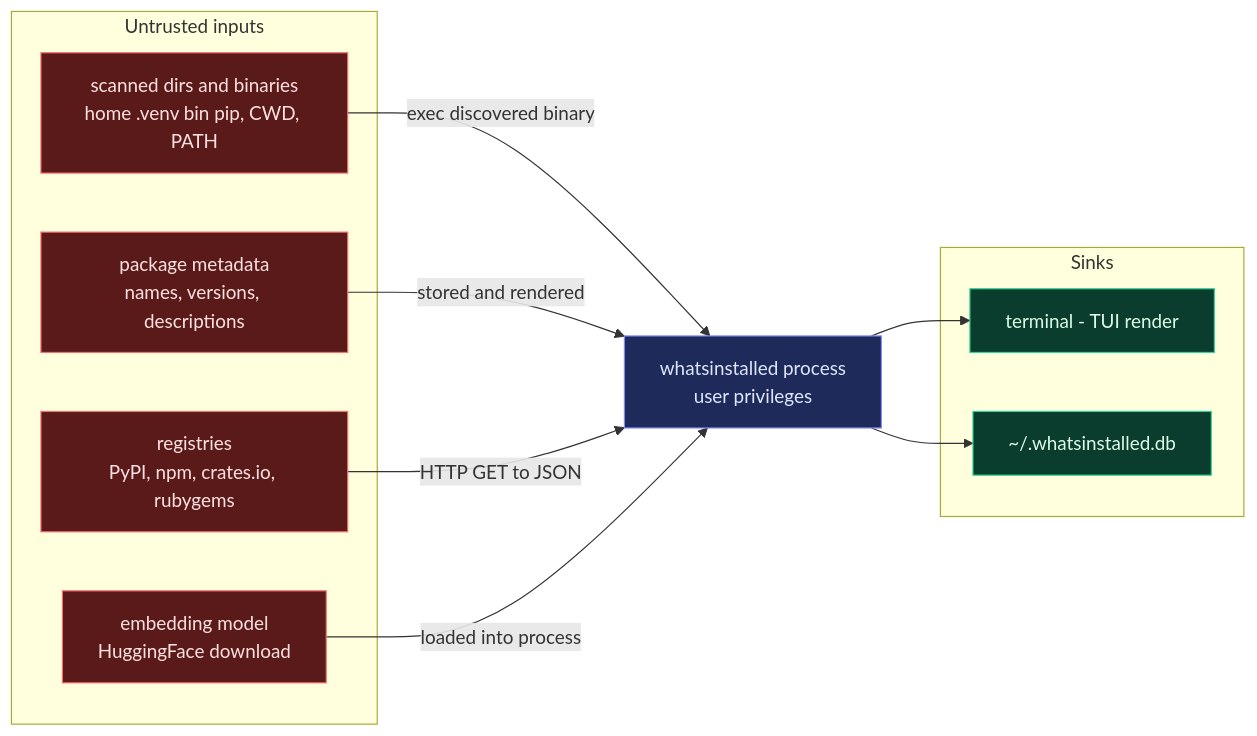
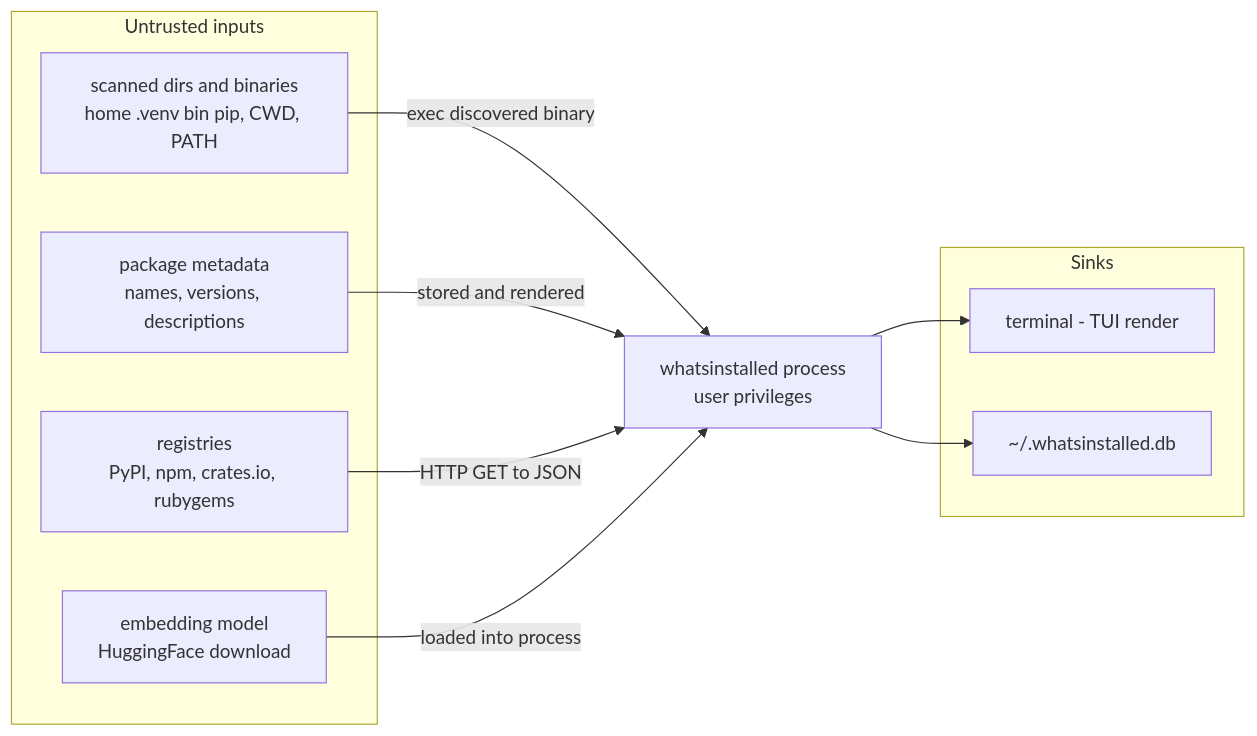
The diagram in docs/ATTACK-SURFACE.md (DVacirca/whatsinstalled), drawn with Mermaid before and after one commit. The commit also changed 1 other file, not shown here.

Commit message:
strip Mermaid down to bare syntax - no classDef, no cylinder, no direction
Removed classDef/class (CSS parser version conflicts), cylinder
shape [('...')], subgraph direction directives, and bidirectional
edge <--> from all three diagrams. If this renders, classDef was
the culprit and can be reintroduced with style directive.

````diff
--- a/docs/ATTACK-SURFACE.md
+++ b/docs/ATTACK-SURFACE.md
@@ -37,30 +37,23 @@
 ```mermaid
 flowchart LR
     subgraph untrusted["Untrusted inputs"]
         DIRS["scanned dirs and binaries<br/>home .venv bin pip, CWD, PATH"]
         META["package metadata<br/>names, versions, descriptions"]
         NET["registries<br/>PyPI, npm, crates.io, rubygems"]
         MODEL["embedding model<br/>HuggingFace download"]
     end
 
     APP["whatsinstalled process<br/>user privileges"]
 
     subgraph sinks["Sinks"]
         TERM["terminal - TUI render"]
         DB["~/.whatsinstalled.db"]
     end
 
     DIRS -->|exec discovered binary| APP
     META -->|stored and rendered| APP
     NET  -->|HTTP GET to JSON| APP
     MODEL -->|loaded into process| APP
     APP --> TERM
     APP --> DB
-
-    classDef u fill:#5b1a1a,stroke:#f87171,color:#fee2e2
-    classDef a fill:#1e2a5a,stroke:#818cf8,color:#e0e7ff
-    classDef s fill:#0b3d2e,stroke:#34d399,color:#dcfce7
-    class DIRS,META,NET,MODEL u
-    class APP a
-    class TERM,DB s
 ```
````
